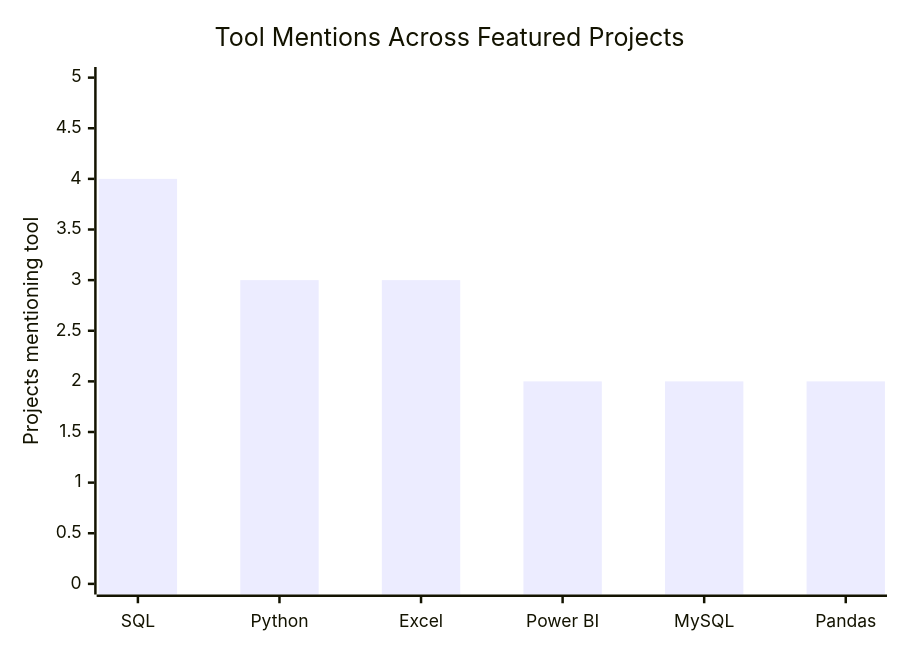
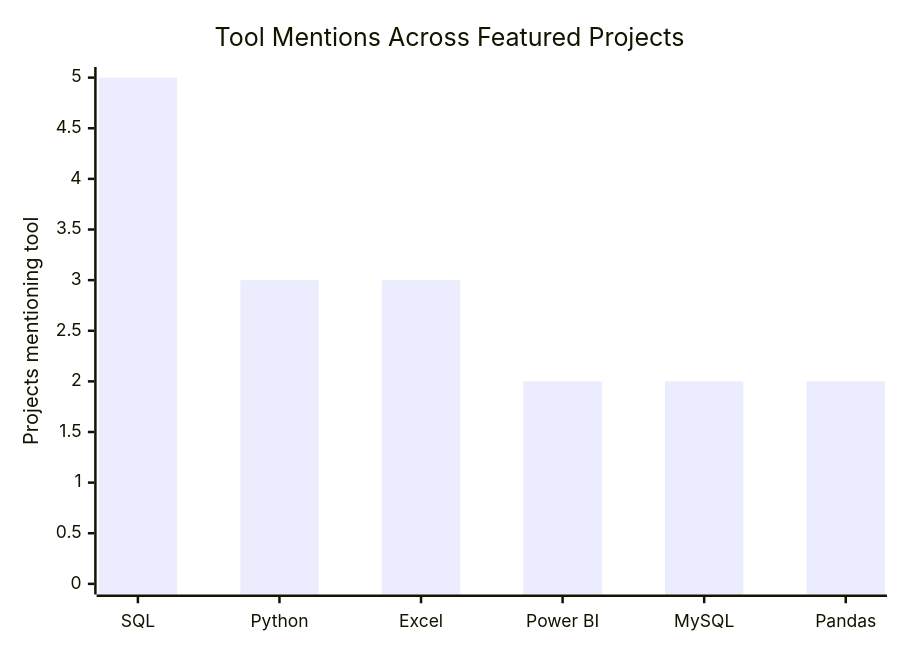
One commit to chintookumaranalytics/chintookumaranalytics changed the second of 3 diagrams in DATA_ANALYTICS_DASHBOARD.md. Above: the diagram before and after it, drawn with Mermaid. The commit also changed other lines of this file, not shown here.

````diff
--- a/DATA_ANALYTICS_DASHBOARD.md
+++ b/DATA_ANALYTICS_DASHBOARD.md
@@ -34,7 +34,7 @@
 ```mermaid
 xychart-beta
     title "Tool Mentions Across Featured Projects"
     x-axis ["SQL", "Python", "Excel", "Power BI", "MySQL", "Pandas"]
     y-axis "Projects mentioning tool" 0 --> 5
-    bar [4, 3, 3, 2, 2, 2]
+    bar [5, 3, 3, 2, 2, 2]
 ```
````
